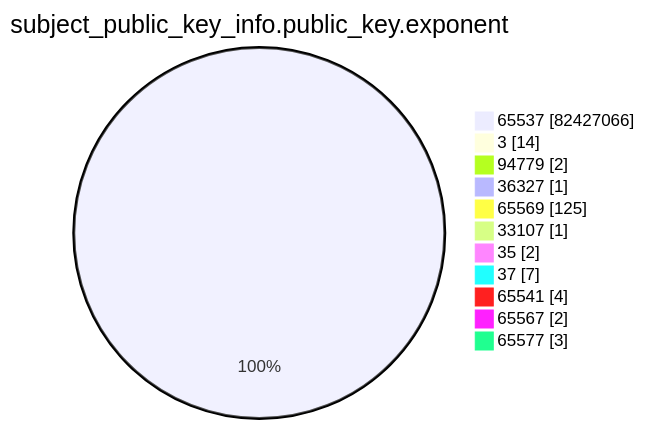
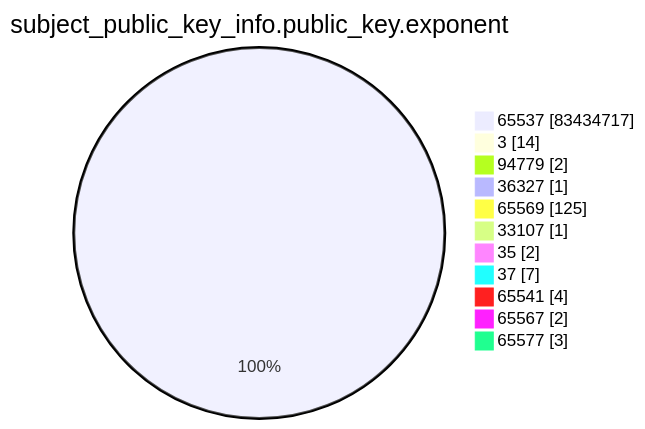
One commit to christiankrug/ctmonitor_visualization changed the fourth of 15 diagrams in xenon2023/README.md. Above: the diagram before and after it, drawn with Mermaid. The commit also changed other lines of this file, not shown here.

````diff
--- a/xenon2023/README.md
+++ b/xenon2023/README.md
@@ -1236,15 +1236,15 @@
 ```mermaid
 pie showData
 title subject_public_key_info.public_key.exponent
-"65537" :82427066
+"65537" :83434717
 "3" :14
 "94779" :2
 "36327" :1
 "65569" :125
 "33107" :1
 "35" :2
 "37" :7
 "65541" :4
 "65567" :2
 "65577" :3
 ```
````
